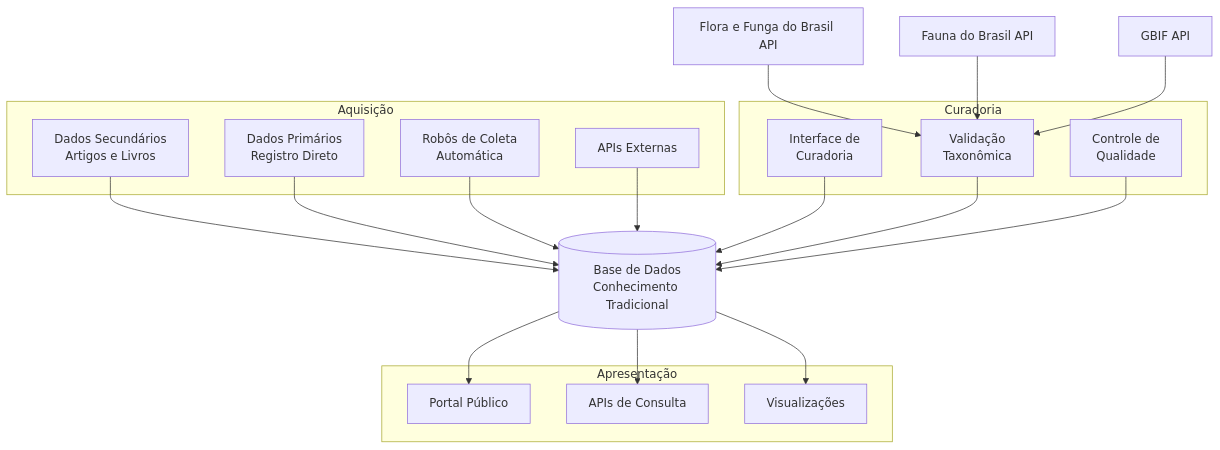
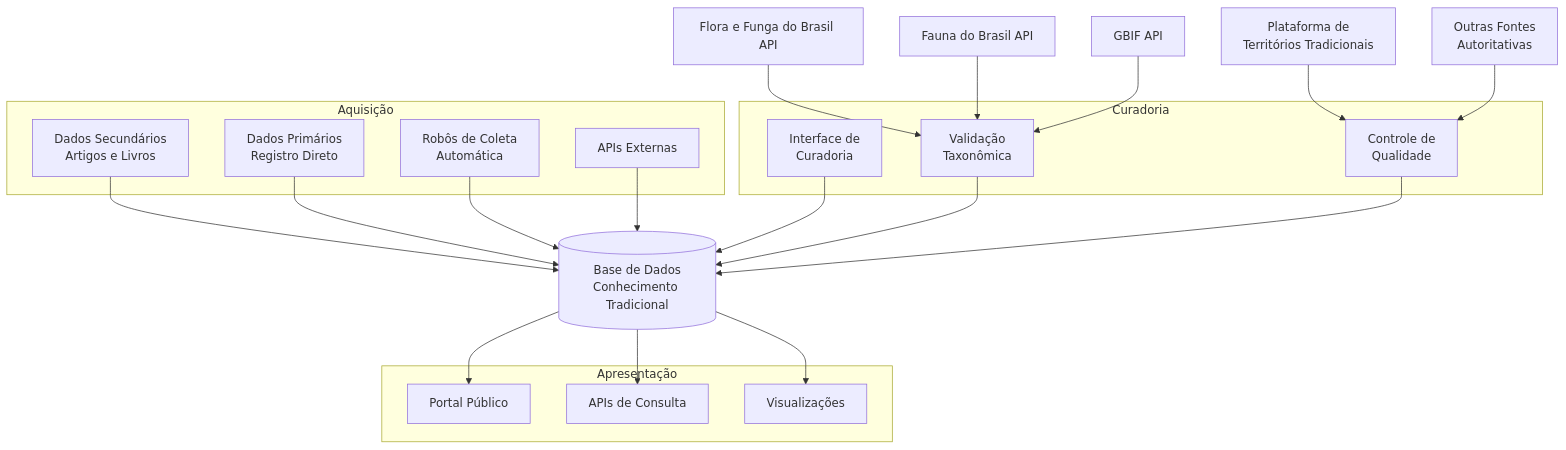
The first of 3 diagrams in README.md (edalcin/etnoArquitetura), drawn with Mermaid before and after one commit. The commit also changed 2 other files, not shown here.

Commit message:
Update architecture diagram and remove local PDFs
- Add Plataforma de Territórios Tradicionais and other authoritative sources to C4 context diagram
- Remove local PDF documents from repository

🤖 Generated with [Claude Code](https://claude.com/claude-code)

````diff
--- a/README.md
+++ b/README.md
@@ -82,40 +82,44 @@
 ```mermaid
 graph TB
     subgraph Aquisição
         A1[Dados Secundários<br/>Artigos e Livros]
         A2[Dados Primários<br/>Registro Direto]
         A3[Robôs de Coleta<br/>Automática]
         A4[APIs Externas]
     end
 
     subgraph Curadoria
         C1[Interface de<br/>Curadoria]
         C2[Validação<br/>Taxonômica]
         C3[Controle de<br/>Qualidade]
     end
 
     subgraph Apresentação
         P1[Portal Público]
         P2[APIs de Consulta]
         P3[Visualizações]
     end
 
     DB[(Base de Dados<br/>Conhecimento Tradicional)]
 
     A1 --> DB
     A2 --> DB
     A3 --> DB
     A4 --> DB
 
     C1 --> DB
     C2 --> DB
     C3 --> DB
 
+
     DB --> P1
     DB --> P2
     DB --> P3
 
     EXT1[Flora e Funga do Brasil API] --> C2
     EXT2[Fauna do Brasil API] --> C2
     EXT3[GBIF API] --> C2
+    EXT4[Plataforma de<br>Territórios Tradicionais] --> C3
+    EXT5[Outras Fontes<br>Autoritativas] --> C3
+    
 ```
````
